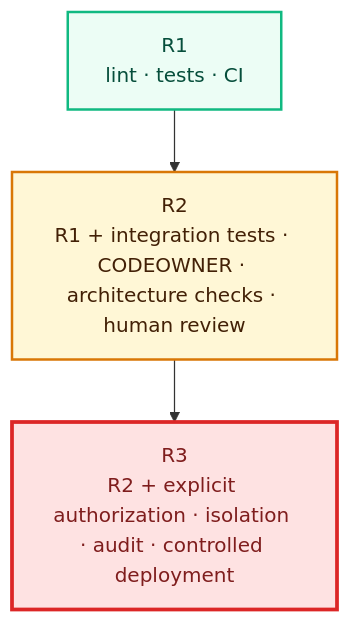
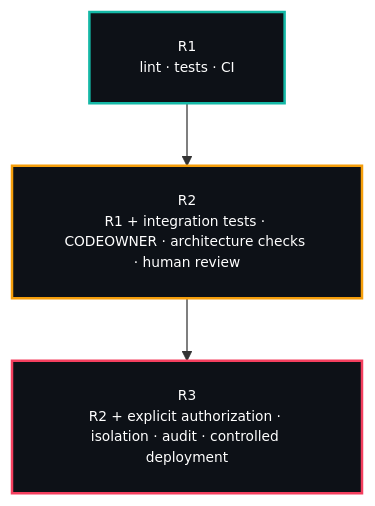
The fourth of 8 diagrams in README.md (drferdii/Monorepo-safrs), drawn with Mermaid before and after one commit. The commit also changed other lines of this file, not shown here.

````diff
--- a/README.md
+++ b/README.md
@@ -422,16 +447,17 @@
 ```mermaid
+%%{init: {"flowchart": {"htmlLabels": false, "padding": 20}, "themeVariables": {"fontFamily": "monospace", "fontSize": "11px"}}}%%
 flowchart TB
     R1["R1<br/>lint · tests · CI"]
     R2["R2<br/>R1 + integration tests · CODEOWNER · architecture checks · human review"]
     R3["R3<br/>R2 + explicit authorization · isolation · audit · controlled deployment"]
 
     R1 --> R2 --> R3
 
-    classDef low fill:#ECFDF5,stroke:#10B981,color:#064E3B,stroke-width:2px;
-    classDef medium fill:#FFF7D6,stroke:#D97706,color:#422006,stroke-width:2px;
-    classDef high fill:#FEE2E2,stroke:#DC2626,color:#7F1D1D,stroke-width:3px;
+    classDef low fill:#0D1117,stroke:#14B8A6,color:#ffffff,stroke-width:2px;
+    classDef medium fill:#0D1117,stroke:#F59E0B,color:#ffffff,stroke-width:2px;
+    classDef high fill:#0D1117,stroke:#F43F5E,color:#ffffff,stroke-width:2px;
 
     class R1 low;
     class R2 medium;
     class R3 high;
 ```
````
